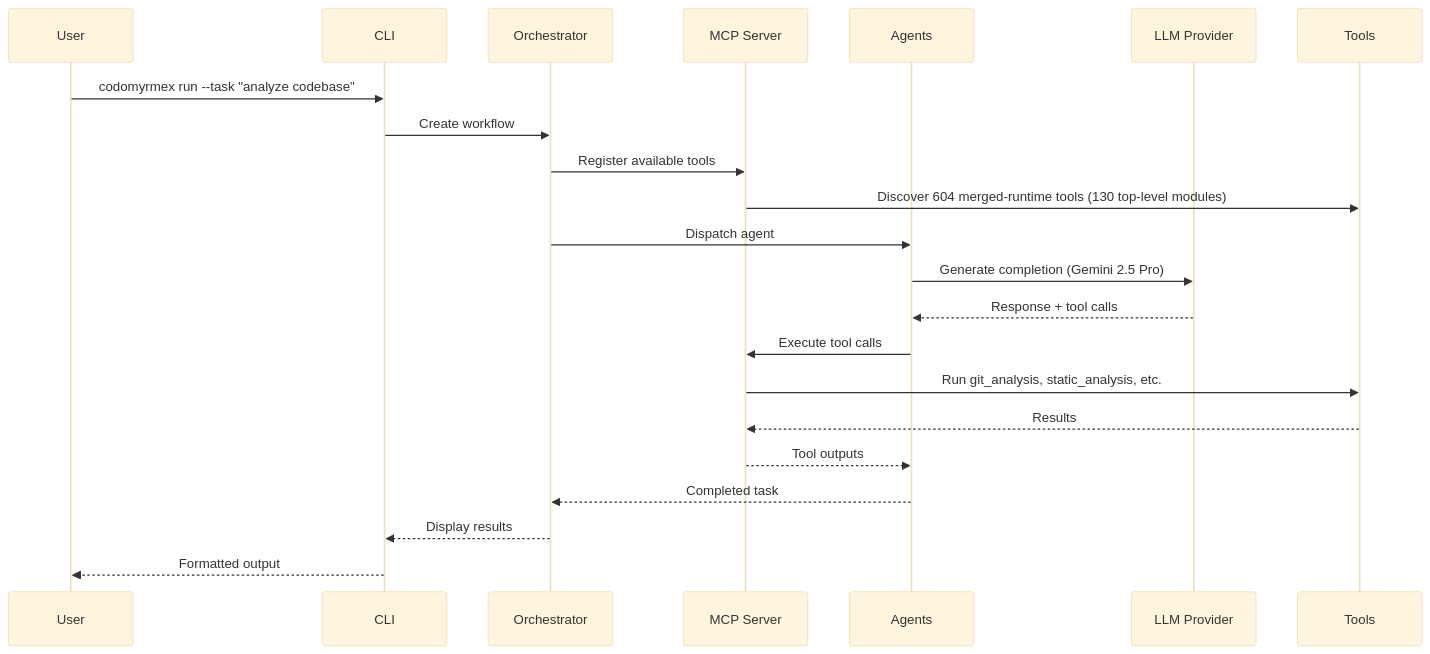
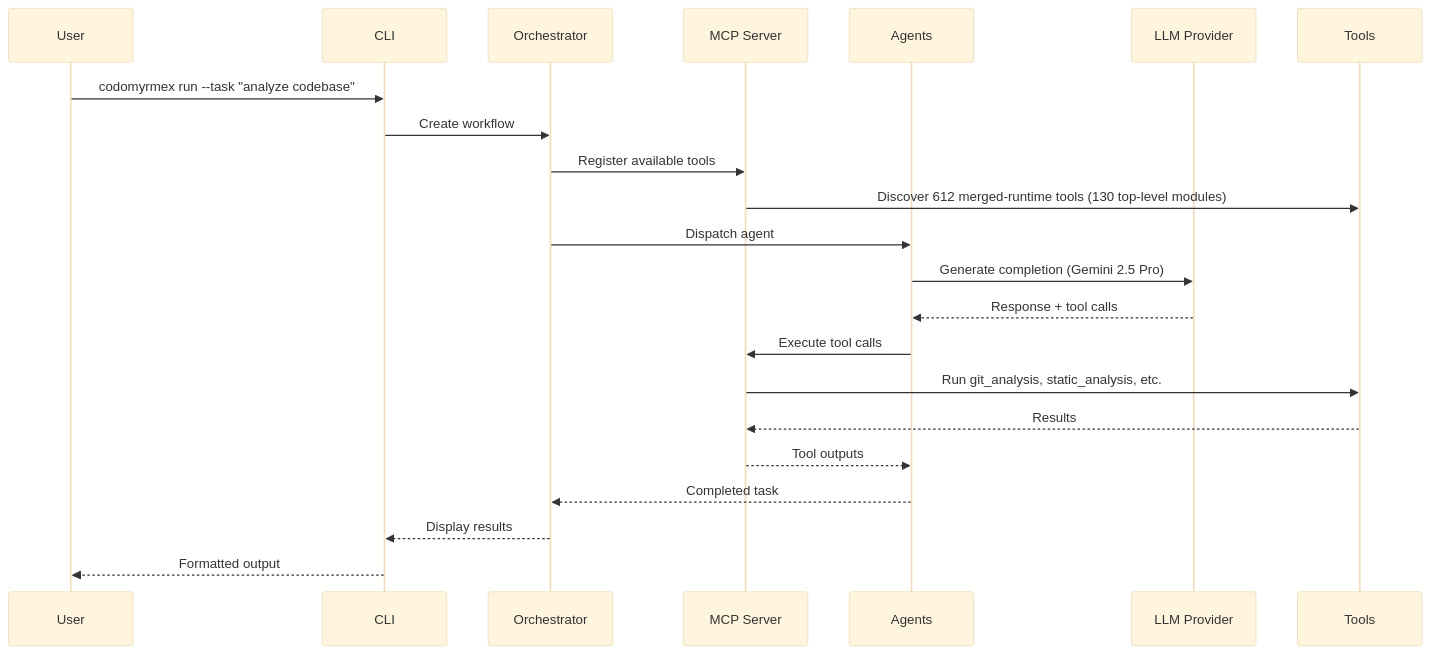
One commit to docxology/codomyrmex changed the third of 7 diagrams in .github/README.md. Above: the diagram before and after it, drawn with Mermaid (base theme). The commit also changed other lines of this file and 1378 other files, not shown here.

````diff
--- a/.github/README.md
+++ b/.github/README.md
@@ -480,25 +480,25 @@
 ```mermaid
 sequenceDiagram
     participant User
     participant CLI
     participant Orchestrator
     participant MCP as MCP Server
     participant Agents
     participant LLM as LLM Provider
     participant Tools
 
     User->>CLI: codomyrmex run --task "analyze codebase"
     CLI->>Orchestrator: Create workflow
     Orchestrator->>MCP: Register available tools
-    MCP->>Tools: Discover 604 merged-runtime tools (130 top-level modules)
+    MCP->>Tools: Discover 612 merged-runtime tools (130 top-level modules)
     Orchestrator->>Agents: Dispatch agent
     Agents->>LLM: Generate completion (Gemini 2.5 Pro)
     LLM-->>Agents: Response + tool calls
     Agents->>MCP: Execute tool calls
     MCP->>Tools: Run git_analysis, static_analysis, etc.
     Tools-->>MCP: Results
     MCP-->>Agents: Tool outputs
     Agents-->>Orchestrator: Completed task
     Orchestrator-->>CLI: Display results
     CLI-->>User: Formatted output
 ```
````
